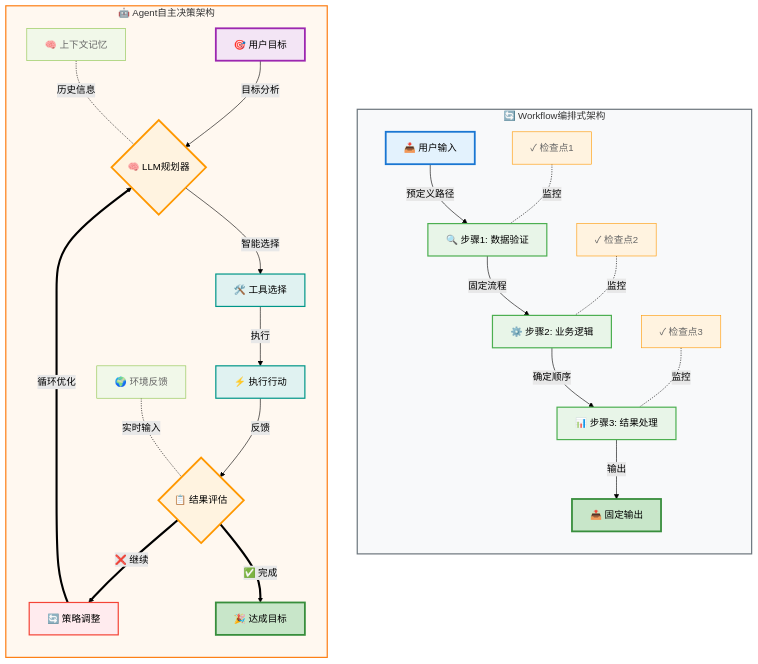
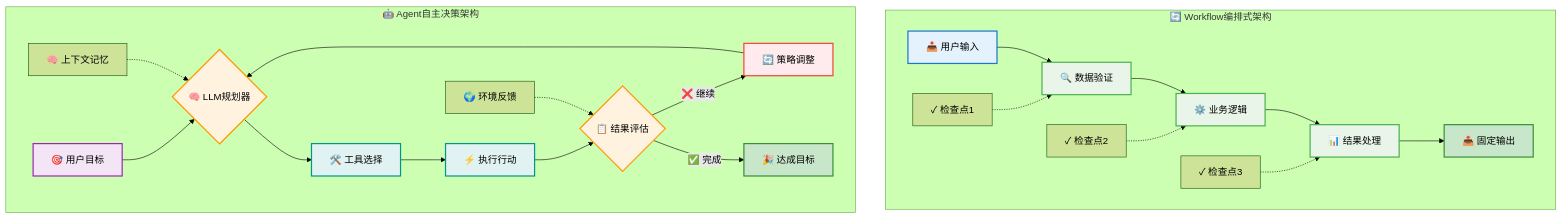
The second of 9 diagrams in AI_Agent_完整入门指南.md (yxzf/claude-code-guide), drawn with Mermaid (forest theme) before and after one commit. The commit also changed other lines of this file, not shown here.

Commit message:
修复图表显示问题：缩小Agent流程图+修复架构对比图语法错误
🔧 问题修复：
1. Agent工作流程图：缩小尺寸适配屏幕显示
   - 精简节点文字：「接收任务/目标」→「接收任务」
   - 简化连接标签：去除冗余文字描述
   - 移除复杂的linkStyle样式，保持简洁

2. 架构对比图：修复mermaid语法错误
   - 移除子图内的direction TD（不兼容语法）
   - 简化样式定义，移除过度复杂的样式配置
   - 统一连接线样式：实线(-->)和虚线(-.->)

📊 优化效果：
- Agent流程图现在可以完整显示在一个屏幕内
- 架构对比图消除解析错误，正常渲染
- 保持视觉美观的同时提升兼容性
- 适配视频讲解和GitHub页面显示需求

🎯 视觉平衡：在简洁性和信息完整性之间找到最佳平衡点

🚀 Generated with [Claude Code](https://claude.ai/code)

````diff
--- a/AI_Agent_完整入门指南.md
+++ b/AI_Agent_完整入门指南.md
@@ -109,53 +94,40 @@
 ```mermaid
 graph TD
     subgraph WF ["🔄 Workflow编排式架构"]
-        direction TD
-        A1[📥 用户输入] -->|预定义路径| B1[🔍 步骤1: 数据验证]
-        B1 -->|固定流程| C1[⚙️ 步骤2: 业务逻辑]
-        C1 -->|确定顺序| D1[📊 步骤3: 结果处理]
-        D1 -->|输出| E1[📤 固定输出]
+        A1[📥 用户输入] --> B1[🔍 数据验证]
+        B1 --> C1[⚙️ 业务逻辑]
+        C1 --> D1[📊 结果处理]
+        D1 --> E1[📤 固定输出]
         
-        F1[✓ 检查点1] -.-|监控| B1
-        G1[✓ 检查点2] -.-|监控| C1
-        H1[✓ 检查点3] -.-|监控| D1
+        F1[✓ 检查点1] -.-> B1
+        G1[✓ 检查点2] -.-> C1
+        H1[✓ 检查点3] -.-> D1
     end
     
     subgraph AG ["🤖 Agent自主决策架构"]
-        direction TD
-        A2[🎯 用户目标] -->|目标分析| B2{🧠 LLM规划器}
-        B2 -->|智能选择| C2[🛠️ 工具选择]
-        C2 -->|执行| D2[⚡ 执行行动]
-        D2 -->|反馈| E2{📋 结果评估}
-        E2 ==>|❌ 继续| F2[🔄 策略调整]
-        F2 ==>|循环优化| B2
-        E2 ==>|✅ 完成| G2[🎉 达成目标]
+        A2[🎯 用户目标] --> B2{🧠 LLM规划器}
+        B2 --> C2[🛠️ 工具选择]
+        C2 --> D2[⚡ 执行行动]
+        D2 --> E2{📋 结果评估}
+        E2 -->|❌ 继续| F2[🔄 策略调整]
+        F2 --> B2
+        E2 -->|✅ 完成| G2[🎉 达成目标]
         
-        H2[🌍 环境反馈] -.-|实时输入| E2
-        I2[🧠 上下文记忆] -.-|历史信息| B2
+        H2[🌍 环境反馈] -.-> E2
+        I2[🧠 上下文记忆] -.-> B2
     end
     
-    %% Workflow样式
-    style A1 fill:#e3f2fd,stroke:#1976d2,stroke-width:3px,color:#000
-    style B1 fill:#e8f5e8,stroke:#4caf50,stroke-width:2px,color:#000
-    style C1 fill:#e8f5e8,stroke:#4caf50,stroke-width:2px,color:#000
-    style D1 fill:#e8f5e8,stroke:#4caf50,stroke-width:2px,color:#000
-    style E1 fill:#c8e6c9,stroke:#388e3c,stroke-width:3px,color:#000
-    style F1 fill:#fff3e0,stroke:#ff9800,stroke-width:1px,color:#666
-    style G1 fill:#fff3e0,stroke:#ff9800,stroke-width:1px,color:#666
-    style H1 fill:#fff3e0,stroke:#ff9800,stroke-width:1px,color:#666
+    style A1 fill:#e3f2fd,stroke:#1976d2,stroke-width:2px
+    style B1 fill:#e8f5e8,stroke:#4caf50,stroke-width:2px
+    style C1 fill:#e8f5e8,stroke:#4caf50,stroke-width:2px
+    style D1 fill:#e8f5e8,stroke:#4caf50,stroke-width:2px
+    style E1 fill:#c8e6c9,stroke:#388e3c,stroke-width:2px
     
-    %% Agent样式
-    style A2 fill:#f3e5f5,stroke:#9c27b0,stroke-width:3px,color:#000
-    style B2 fill:#fff3e0,stroke:#ff9800,stroke-width:3px,color:#000
-    style C2 fill:#e0f2f1,stroke:#009688,stroke-width:2px,color:#000
-    style D2 fill:#e0f2f1,stroke:#009688,stroke-width:2px,color:#000
-    style E2 fill:#fff3e0,stroke:#ff9800,stroke-width:3px,color:#000
-    style F2 fill:#ffebee,stroke:#f44336,stroke-width:2px,color:#000
-    style G2 fill:#c8e6c9,stroke:#388e3c,stroke-width:3px,color:#000
-    style H2 fill:#f1f8e9,stroke:#8bc34a,stroke-width:1px,color:#666
-    style I2 fill:#f1f8e9,stroke:#8bc34a,stroke-width:1px,color:#666
-    
-    %% 子图样式
-    style WF fill:#f8f9fa,stroke:#6c757d,stroke-width:2px
-    style AG fill:#fff8f0,stroke:#fd7e14,stroke-width:2px
+    style A2 fill:#f3e5f5,stroke:#9c27b0,stroke-width:2px
+    style B2 fill:#fff3e0,stroke:#ff9800,stroke-width:2px
+    style C2 fill:#e0f2f1,stroke:#009688,stroke-width:2px
+    style D2 fill:#e0f2f1,stroke:#009688,stroke-width:2px
+    style E2 fill:#fff3e0,stroke:#ff9800,stroke-width:2px
+    style F2 fill:#ffebee,stroke:#f44336,stroke-width:2px
+    style G2 fill:#c8e6c9,stroke:#388e3c,stroke-width:2px
 ```
````
